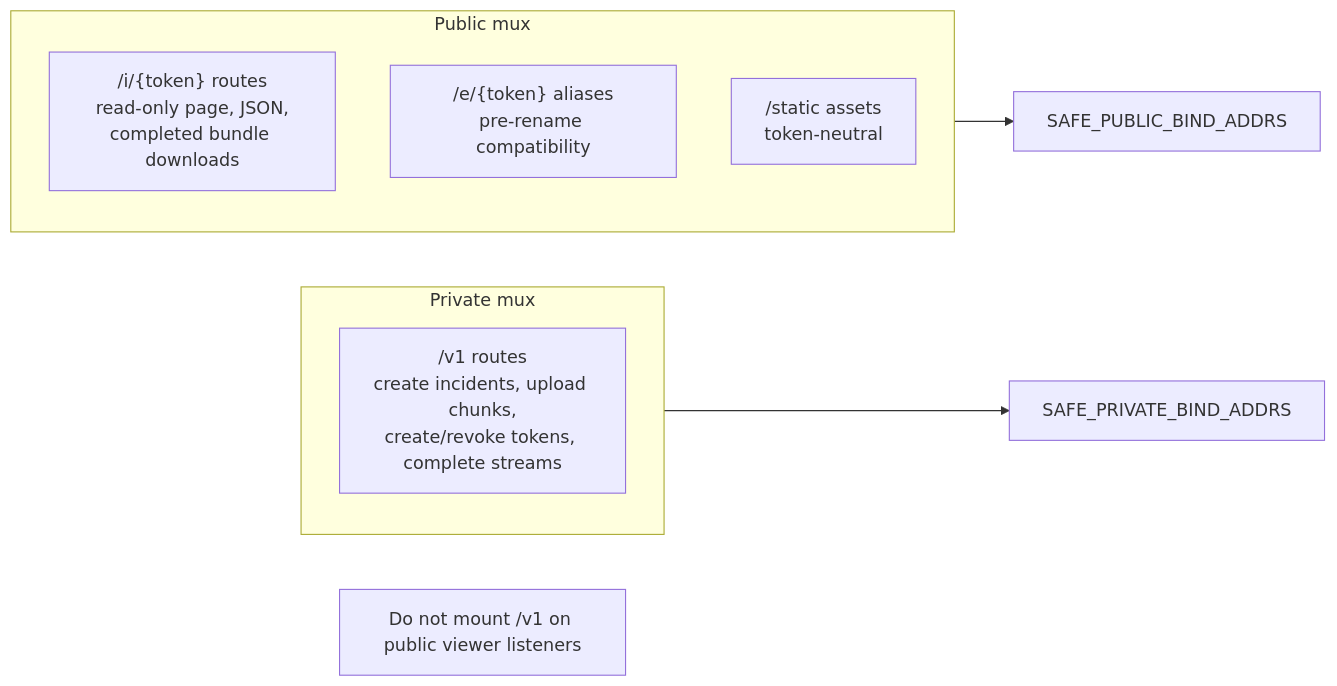
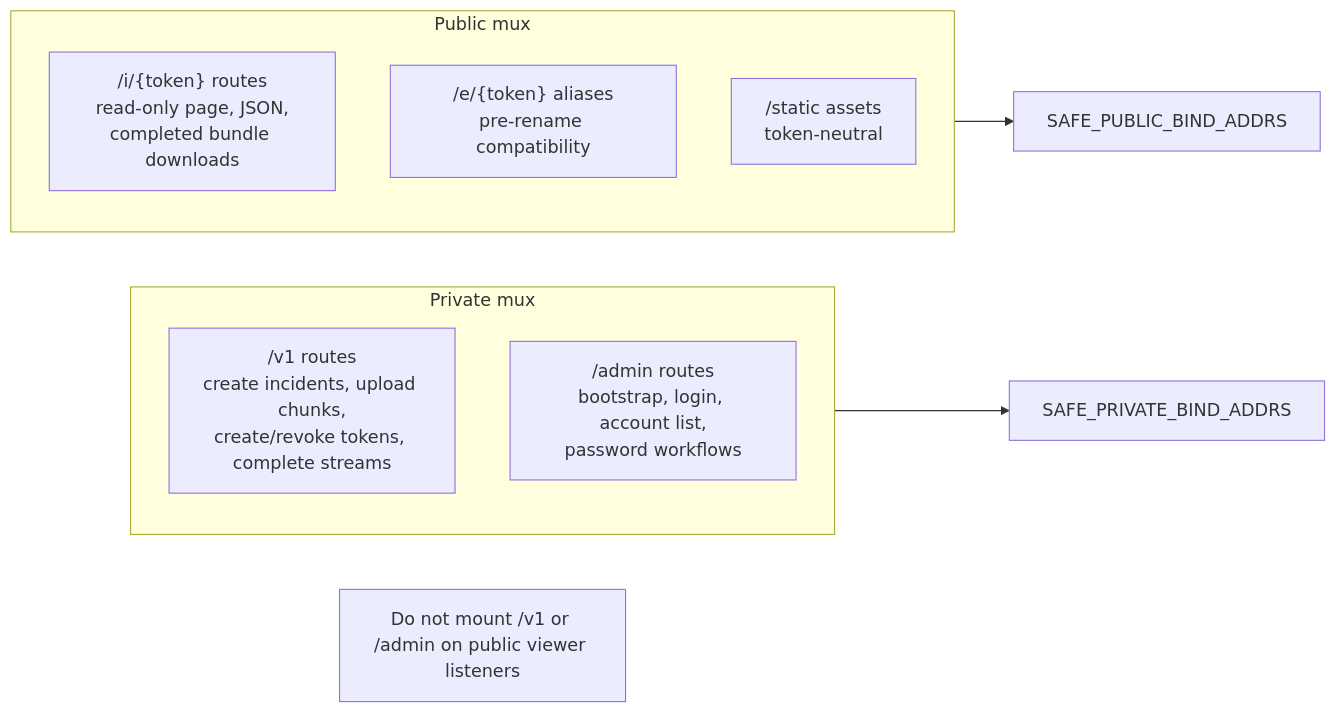
The fourth of 4 diagrams in docs/architecture.md (open-proofline/server), drawn with Mermaid before and after one commit. The commit also changed other lines of this file and 19 other files, not shown here.

Commit message:
Add private admin web interface

````diff
--- a/docs/architecture.md
+++ b/docs/architecture.md
@@ -128,17 +133,18 @@
 ```mermaid
 flowchart LR
     subgraph PrivateMux["Private mux"]
         V1["/v1 routes<br/>create incidents, upload chunks,<br/>create/revoke tokens, complete streams"]
+        AdminWeb["/admin routes<br/>bootstrap, login, account list,<br/>password workflows"]
     end
 
     subgraph PublicMux["Public mux"]
         Viewer["/i/{token} routes<br/>read-only page, JSON,<br/>completed bundle downloads"]
         LegacyViewer["/e/{token} aliases<br/>pre-rename compatibility"]
         Static["/static assets<br/>token-neutral"]
     end
 
     PrivateMux --> PrivateBind["SAFE_PRIVATE_BIND_ADDRS"]
     PublicMux --> PublicBind["SAFE_PUBLIC_BIND_ADDRS"]
 
-    Warning["Do not mount /v1 on public viewer listeners"]
+    Warning["Do not mount /v1 or /admin on public viewer listeners"]
 ```
````
